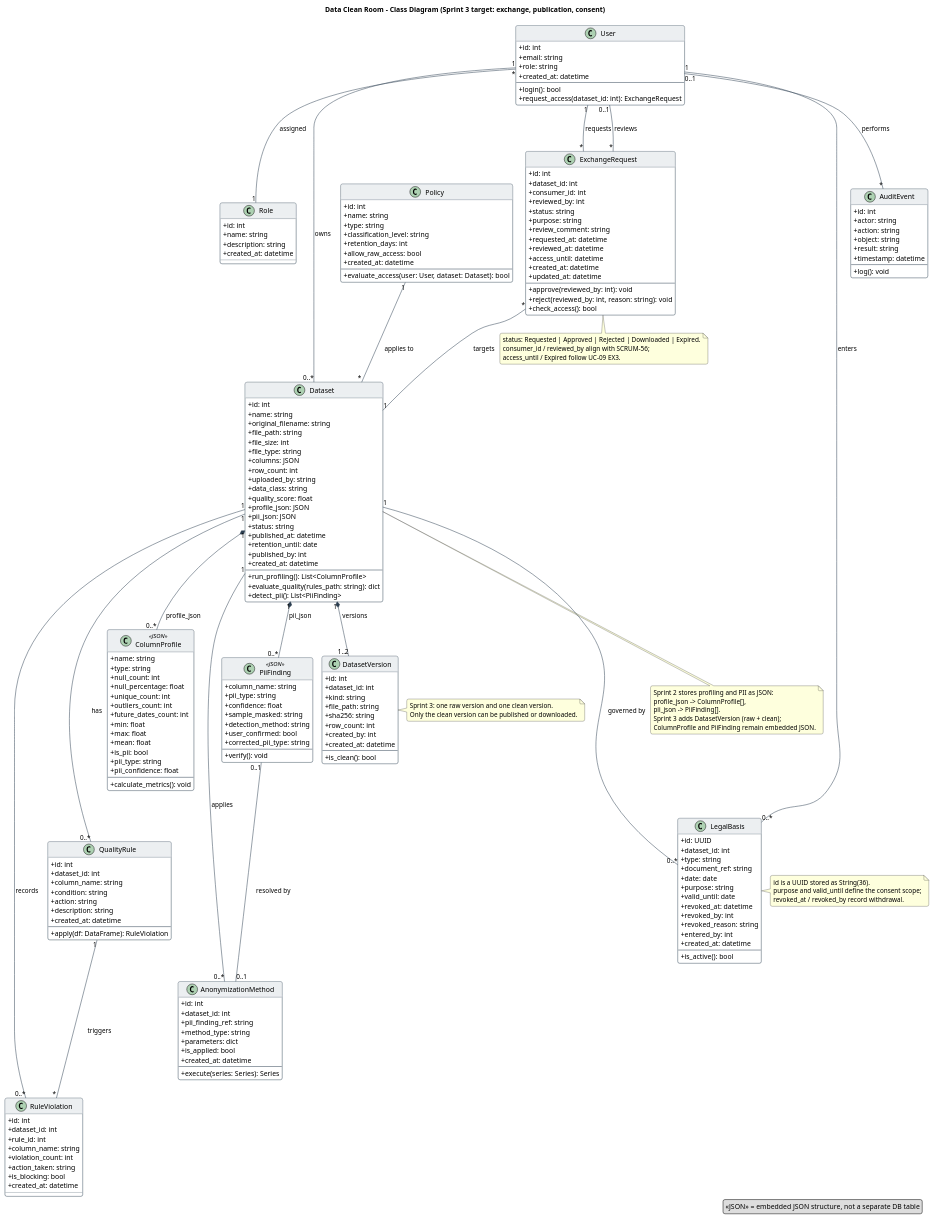
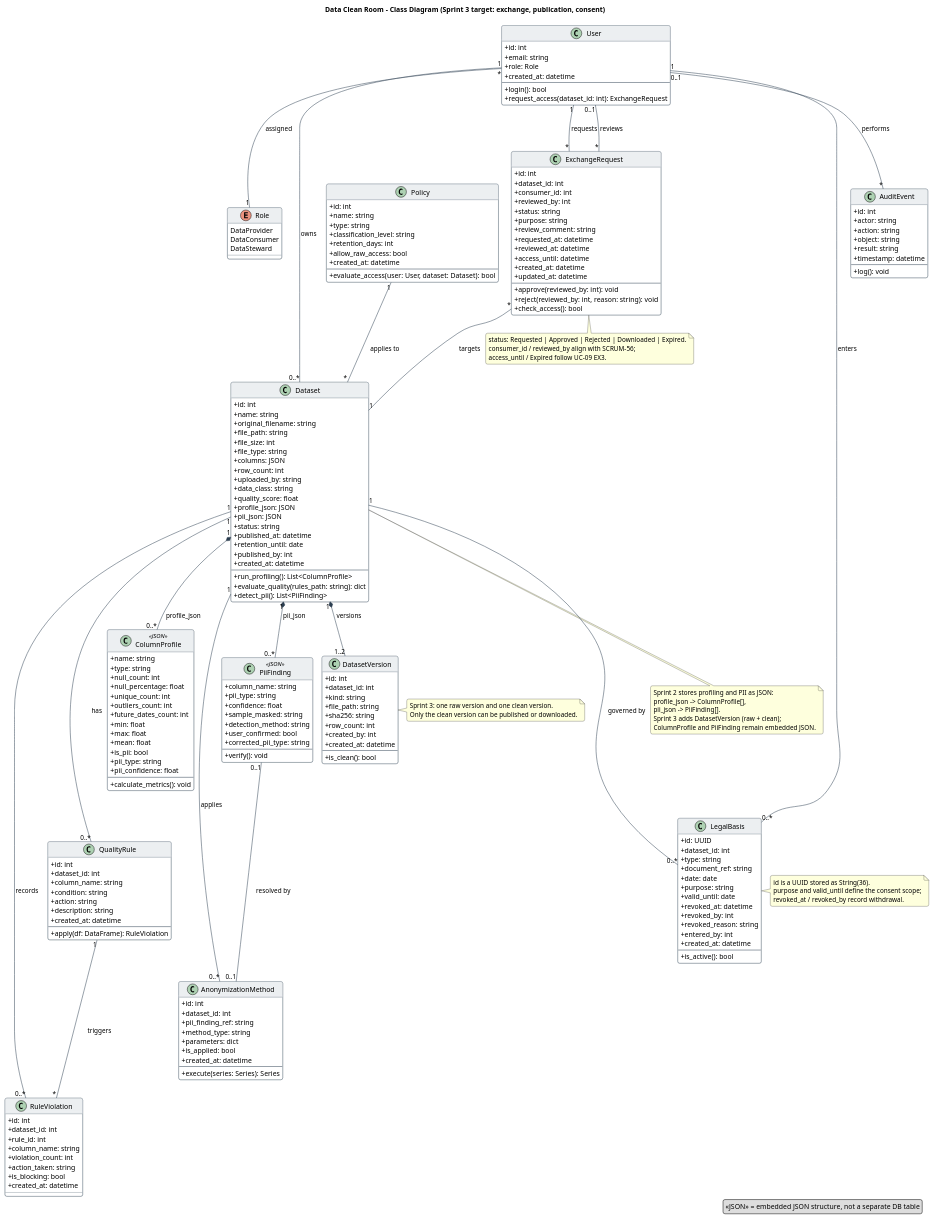
One commit to olesJS/data_clean_room changed the diagram in docs/architecture/class-diagram.puml. Above: the diagram before and after it, drawn with PlantUML. The commit also changed 2 other files, not shown here.

Commit message:
docs(SCRUM-59): model Role as enum and clarify legal basis scope
Role is a three-value enumeration over users.role, not a separate table; User.role now references it. Document that publication checks any active legal basis while purpose matching happens on the Consumer request.

```diff
--- a/docs/architecture/class-diagram.puml
+++ b/docs/architecture/class-diagram.puml
@@ -22,18 +22,17 @@
 class User {
     + id: int
     + email: string
-    + role: string
+    + role: Role
     + created_at: datetime
     --
     + login(): bool
     + request_access(dataset_id: int): ExchangeRequest
 }
 
-class Role {
-    + id: int
-    + name: string
-    + description: string
-    + created_at: datetime
+enum Role {
+    DataProvider
+    DataConsumer
+    DataSteward
 }
 
 class Policy {
```
